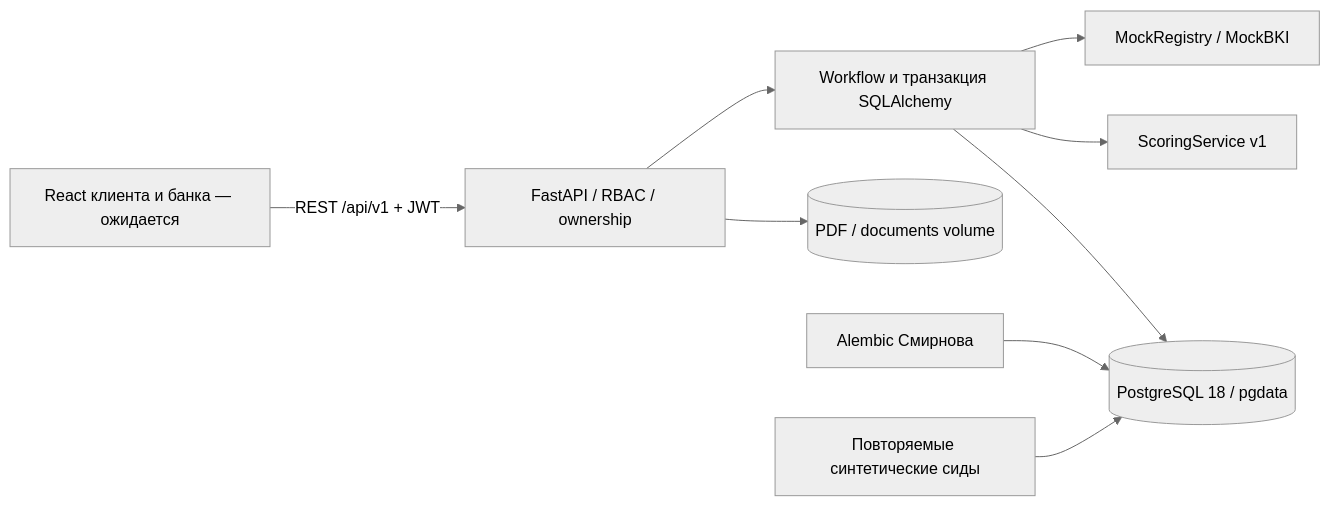
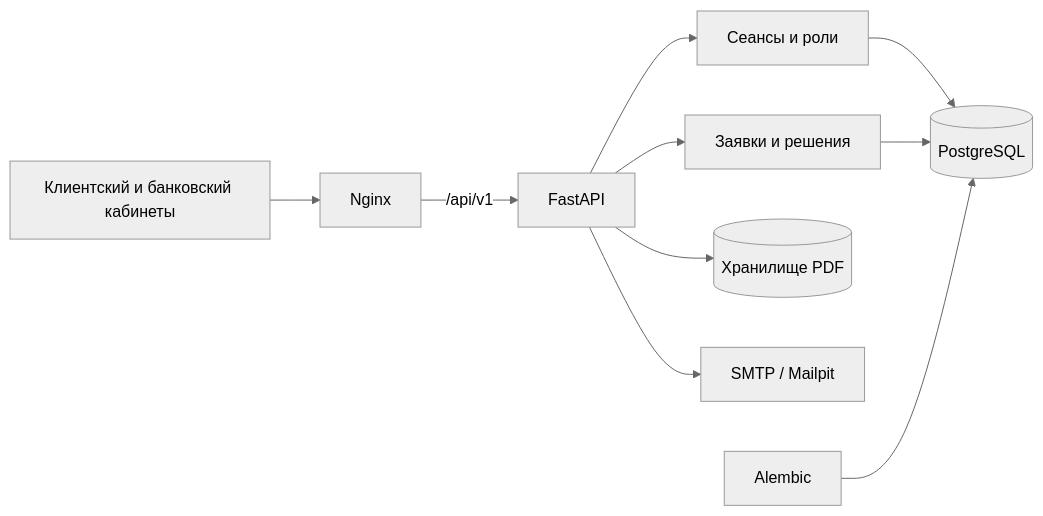
Before and after one commit to SanoEnger/AlfaFuture2026_Team_Lemonchiki: the diagram in docs/architecture.md, drawn with Mermaid (neutral theme). The commit also changed other lines of this file and 119 other files, not shown here.

````diff
--- a/docs/architecture.md
+++ b/docs/architecture.md
@@ -5,11 +5,12 @@
 ```mermaid
 flowchart LR
-    UI[React клиента и банка — ожидается] -->|REST /api/v1 + JWT| API[FastAPI / RBAC / ownership]
-    API --> WF[Workflow и транзакция SQLAlchemy]
-    WF --> MOCK[MockRegistry / MockBKI]
-    WF --> SCORE[ScoringService v1]
-    WF --> PG[(PostgreSQL 18 / pgdata)]
-    API --> PDF[(PDF / documents volume)]
-    MIG[Alembic Смирнова] --> PG
-    SEED[Повторяемые синтетические сиды] --> PG
+    Browser[Клиентский и банковский кабинеты] --> Web[Nginx]
+    Web -->|/api/v1| API[FastAPI]
+    API --> Identity[Сеансы и роли]
+    API --> Workflow[Заявки и решения]
+    Identity --> DB[(PostgreSQL)]
+    Workflow --> DB
+    API --> Files[(Хранилище PDF)]
+    API --> Mail[SMTP / Mailpit]
+    Migrations[Alembic] --> DB
 ```
````
